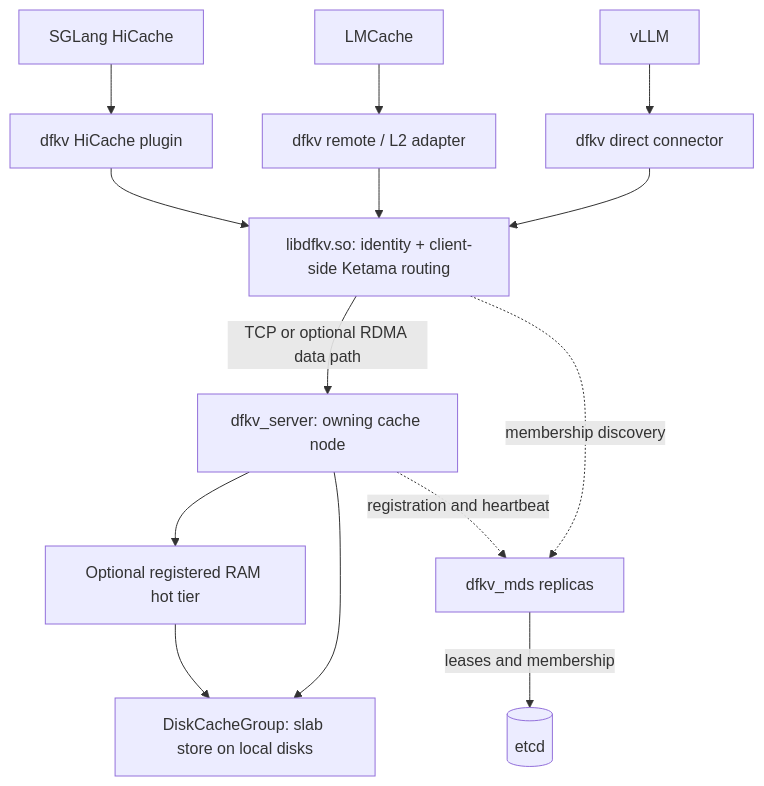
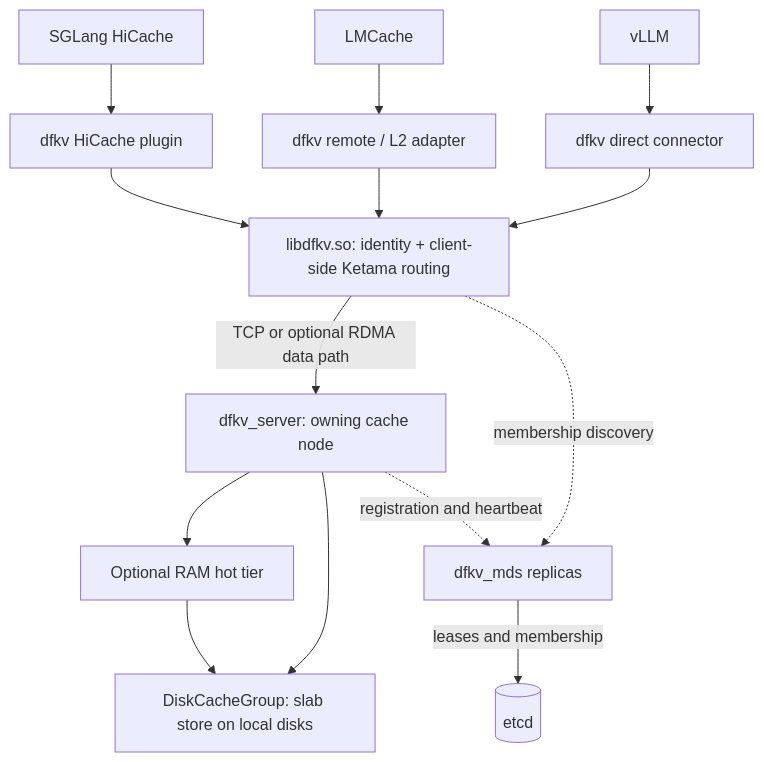
The diagram in README.md (dingodb/DingoCache), drawn with Mermaid before and after one commit. The commit also changed 10 other files, not shown here.

````diff
--- a/README.md
+++ b/README.md
@@ -22,16 +22,16 @@
 ```mermaid
 flowchart TB
     S["SGLang HiCache"] --> A["dfkv HiCache plugin"]
     L["LMCache"] --> B["dfkv remote / L2 adapter"]
     V["vLLM"] --> C["dfkv direct connector"]
     A --> D["libdfkv.so: identity + client-side Ketama routing"]
     B --> D
     C --> D
     D -->|"TCP or optional RDMA data path"| E["dfkv_server: owning cache node"]
-    E --> R["Optional registered RAM hot tier"]
+    E --> R["Optional RAM hot tier"]
     R --> F["DiskCacheGroup: slab store on local disks"]
     E --> F
     D -. "membership discovery" .-> M["dfkv_mds replicas"]
     E -. "registration and heartbeat" .-> M
     M -->|"leases and membership"| T[(etcd)]
 ```
````
